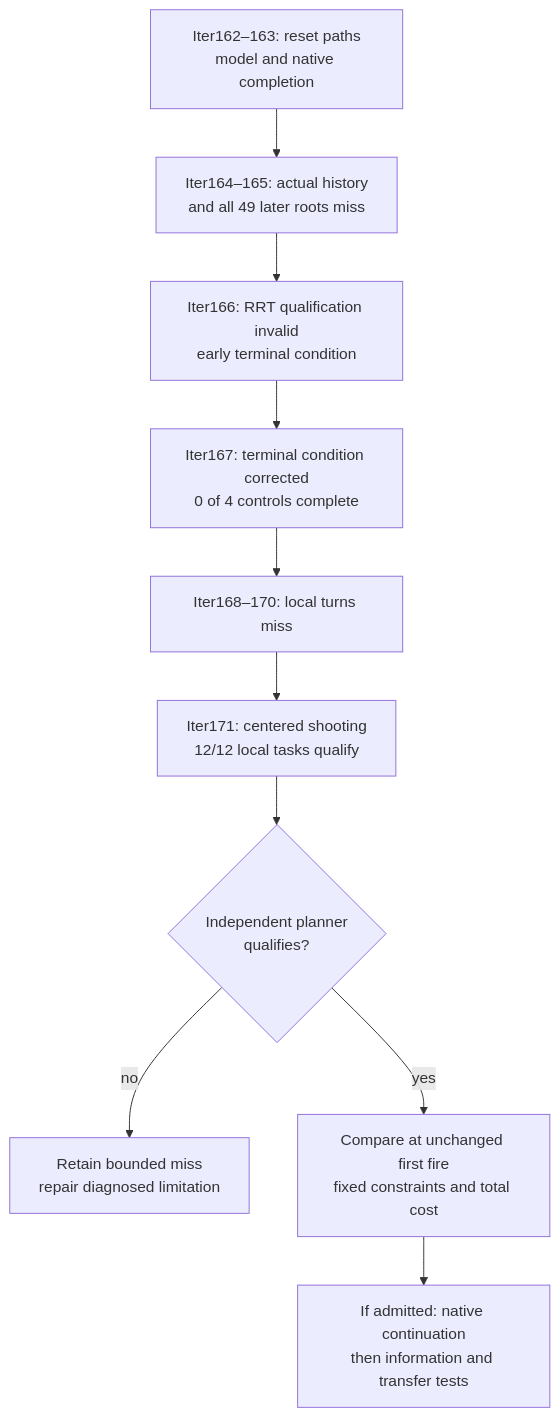
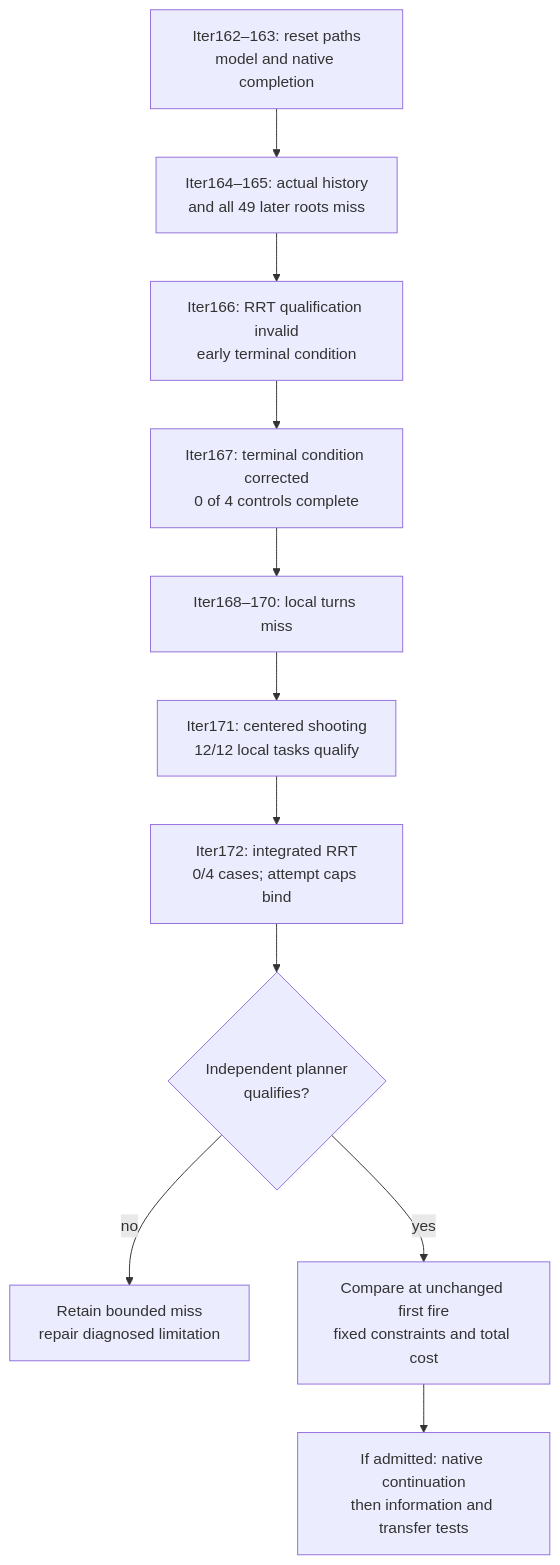
Before and after one commit to manfromnowhere143/sentinel: the third of 3 diagrams in README.md, drawn with Mermaid. The commit also changed other lines of this file and 15 other files, not shown here.

Commit message:
Publish integrated RRT qualification failure and next controlled experiment

````diff
--- a/README.md
+++ b/README.md
@@ -729,14 +764,15 @@
 ```mermaid
 flowchart TB
   accTitle: Separate search competence from intervention timing
   accDescr: Finite source misses and failed adapter qualification do not prove unrecoverability.
   S["Iter162–163: reset paths<br/>model and native completion"] --> B["Iter164–165: actual history<br/>and all 49 later roots miss"]
   B --> Q["Iter166: RRT qualification invalid<br/>early terminal condition"]
   Q --> C["Iter167: terminal condition corrected<br/>0 of 4 controls complete"]
   C --> D["Iter168–170: local turns miss"]
   D --> E["Iter171: centered shooting<br/>12/12 local tasks qualify"]
-  E --> A{"Independent planner<br/>qualifies?"}
+  E --> F["Iter172: integrated RRT<br/>0/4 cases; attempt caps bind"]
+  F --> A{"Independent planner<br/>qualifies?"}
   A -- "no" --> N["Retain bounded miss<br/>repair diagnosed limitation"]
   A -- "yes" --> R["Compare at unchanged first fire<br/>fixed constraints and total cost"]
   R --> W["If admitted: native continuation<br/>then information and transfer tests"]
 ```
````
